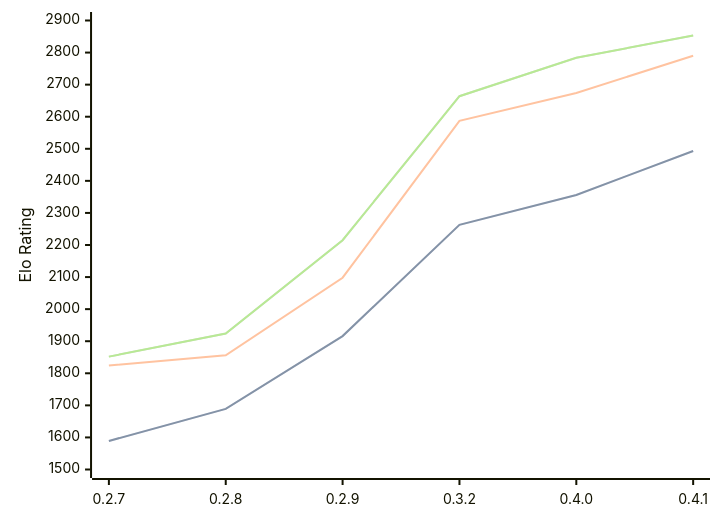
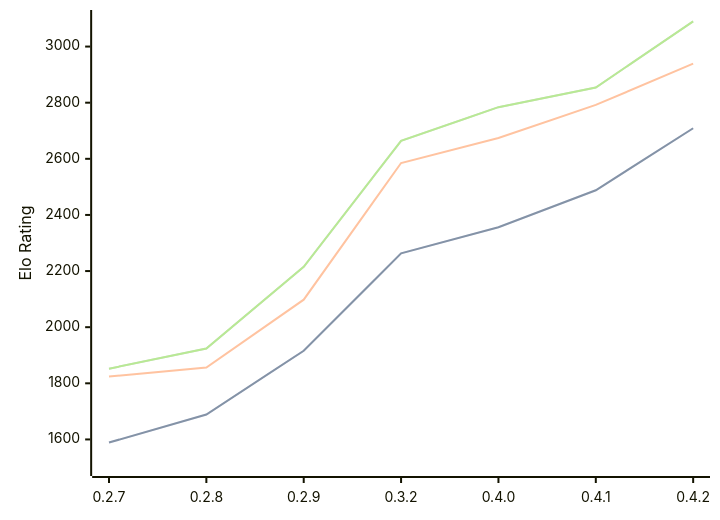
The diagram in engines/Dual.md (computer-chess-index/cci), drawn with Mermaid before and after one commit. The commit also changed other lines of this file, not shown here.

Commit message:
Update CCI Ratings (ELO VLTC) - 2026-08-10

````diff
--- a/engines/Dual.md
+++ b/engines/Dual.md
@@ -39,11 +39,11 @@
 ```mermaid
 %%{init: {"theme":"base","themeVariables":{"seriesColors:['#a3a3a3','#222221','#faa371']}}}%%
 xychart-beta
-  x-axis ["0.2.7", "0.2.8", "0.2.9", "0.3.2", "0.4.0", "0.4.1"]
-  y-axis "Elo Rating" 1500 --> 2900
-  line "STC (8.0+0.08s)" [1589, 1689, 1916, 2263, 2356, 2493]
-  line "STC (8.0+0.08s)" [1589, 1689, 1916, 2263, 2356, 2493]
-  line "LTC (60.0+0.60s)" [1824, 1856, 2098, 2587, 2674, 2790]
-  line "VLTC (2m24s+1.12s)" [1852, 1924, 2215, 2664, 2784, 2853]
-  line "VLTC (2m24s+1.12s)" [1852, 1924, 2215, 2664, 2784, 2853]
+  x-axis ["0.2.7", "0.2.8", "0.2.9", "0.3.2", "0.4.0", "0.4.1", "0.4.2"]
+  y-axis "Elo Rating" 1500 --> 3100
+  line "STC (8.0+0.08s)" [1589, 1689, 1916, 2263, 2356, 2488, 2709]
+  line "STC (8.0+0.08s)" [1589, 1689, 1916, 2263, 2356, 2488, 2709]
+  line "LTC (60.0+0.60s)" [1824, 1856, 2098, 2585, 2674, 2792, 2939]
+  line "VLTC (2m24s+1.12s)" [1852, 1924, 2215, 2664, 2784, 2854, 3090]
+  line "VLTC (2m24s+1.12s)" [1852, 1924, 2215, 2664, 2784, 2854, 3090]
 ```
````
